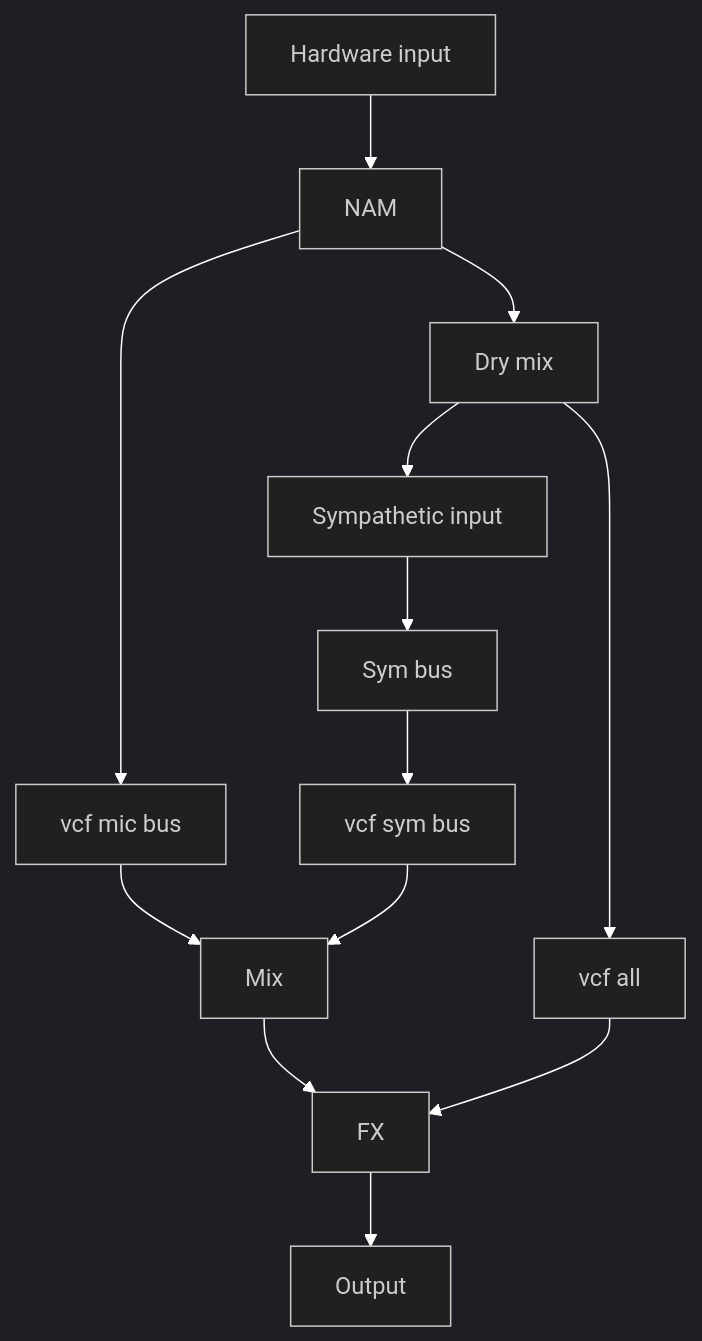
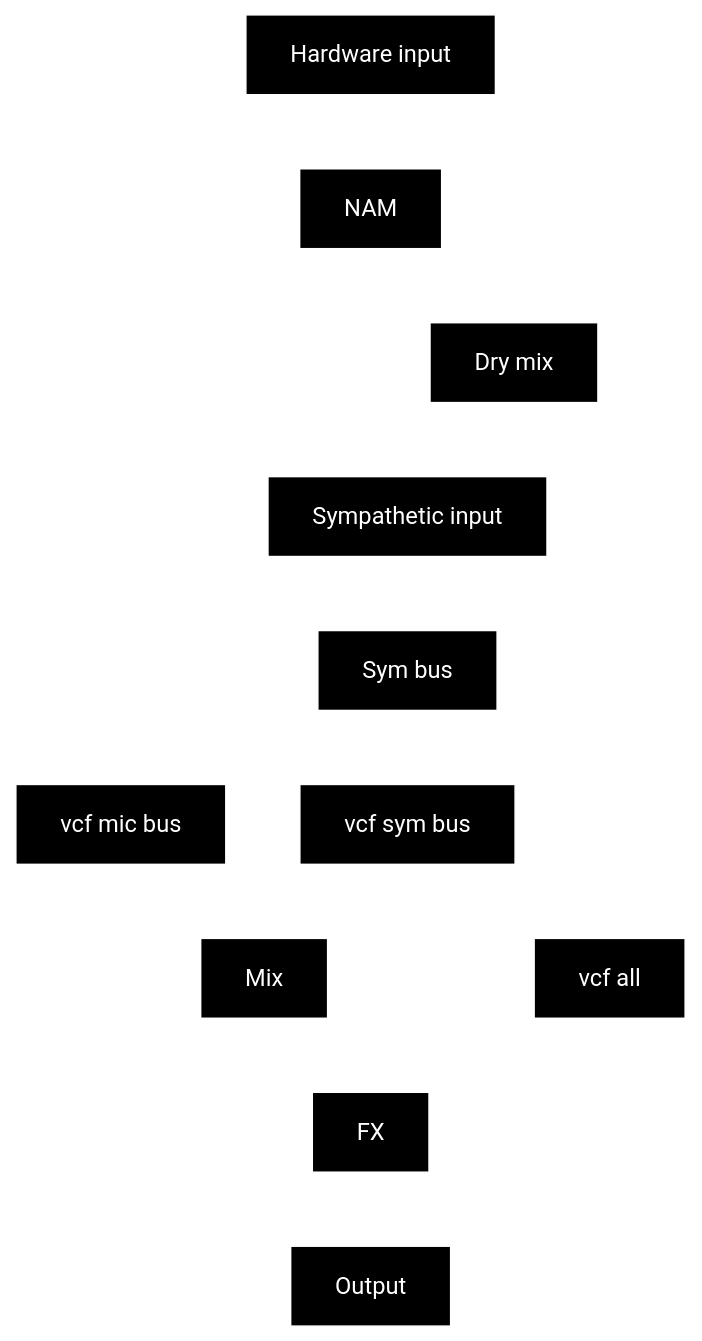
The diagram in docs/buses-effects-order.md (rfielding/maqam), drawn with Mermaid before and after one commit.

Commit message:
force dark mermaid styling

````diff
--- a/docs/buses-effects-order.md
+++ b/docs/buses-effects-order.md
@@ -23,16 +23,27 @@
 ```mermaid
-%%{init: {"theme":"dark","themeVariables":{"background":"#000000","primaryColor":"#000000","primaryTextColor":"#ffffff","primaryBorderColor":"#ffffff","secondaryColor":"#000000","tertiaryColor":"#000000","lineColor":"#ffffff","fontFamily":"monospace"}}}%%
+%%{init: {"theme":"base","themeVariables":{"background":"#000000","primaryColor":"#000000","primaryTextColor":"#ffffff","primaryBorderColor":"#ffffff","secondaryColor":"#000000","secondaryTextColor":"#ffffff","secondaryBorderColor":"#ffffff","tertiaryColor":"#000000","tertiaryTextColor":"#ffffff","tertiaryBorderColor":"#ffffff","lineColor":"#ffffff","fontFamily":"monospace"}}}%%
 flowchart TB
   in[Hardware input] --> nam[NAM]
   nam --> micbus[vcf mic bus]
   nam --> dry[Dry mix]
   dry --> symin[Sympathetic input]
   symin --> sym[Sym bus]
   sym --> symbus[vcf sym bus]
   dry --> vcfall[vcf all]
   micbus --> mix[Mix]
   symbus --> mix
   vcfall --> fx[FX]
   mix --> fx
   fx --> out[Output]
+  style in fill:#000000,stroke:#ffffff,color:#ffffff
+  style nam fill:#000000,stroke:#ffffff,color:#ffffff
+  style micbus fill:#000000,stroke:#ffffff,color:#ffffff
+  style dry fill:#000000,stroke:#ffffff,color:#ffffff
+  style symin fill:#000000,stroke:#ffffff,color:#ffffff
+  style sym fill:#000000,stroke:#ffffff,color:#ffffff
+  style symbus fill:#000000,stroke:#ffffff,color:#ffffff
+  style vcfall fill:#000000,stroke:#ffffff,color:#ffffff
+  style mix fill:#000000,stroke:#ffffff,color:#ffffff
+  style fx fill:#000000,stroke:#ffffff,color:#ffffff
+  style out fill:#000000,stroke:#ffffff,color:#ffffff
 ```
````
